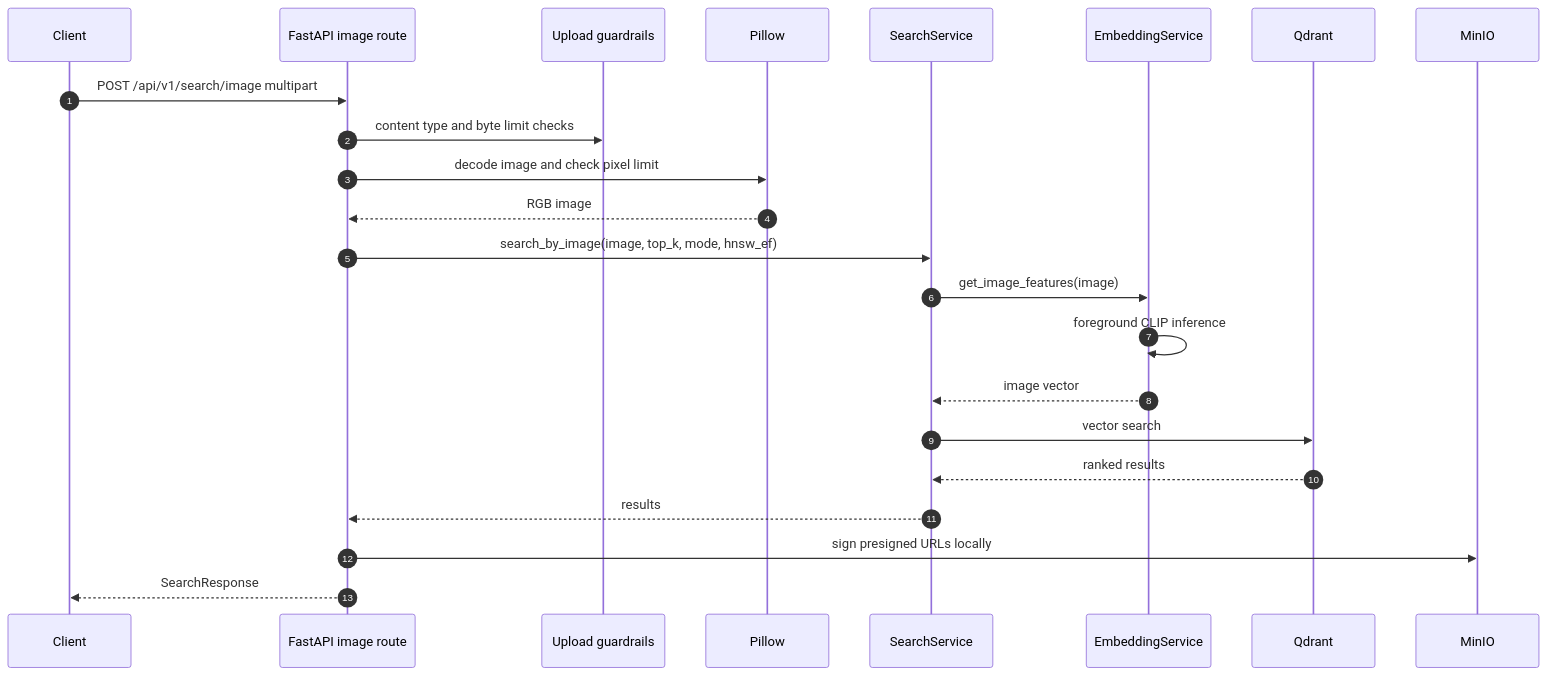
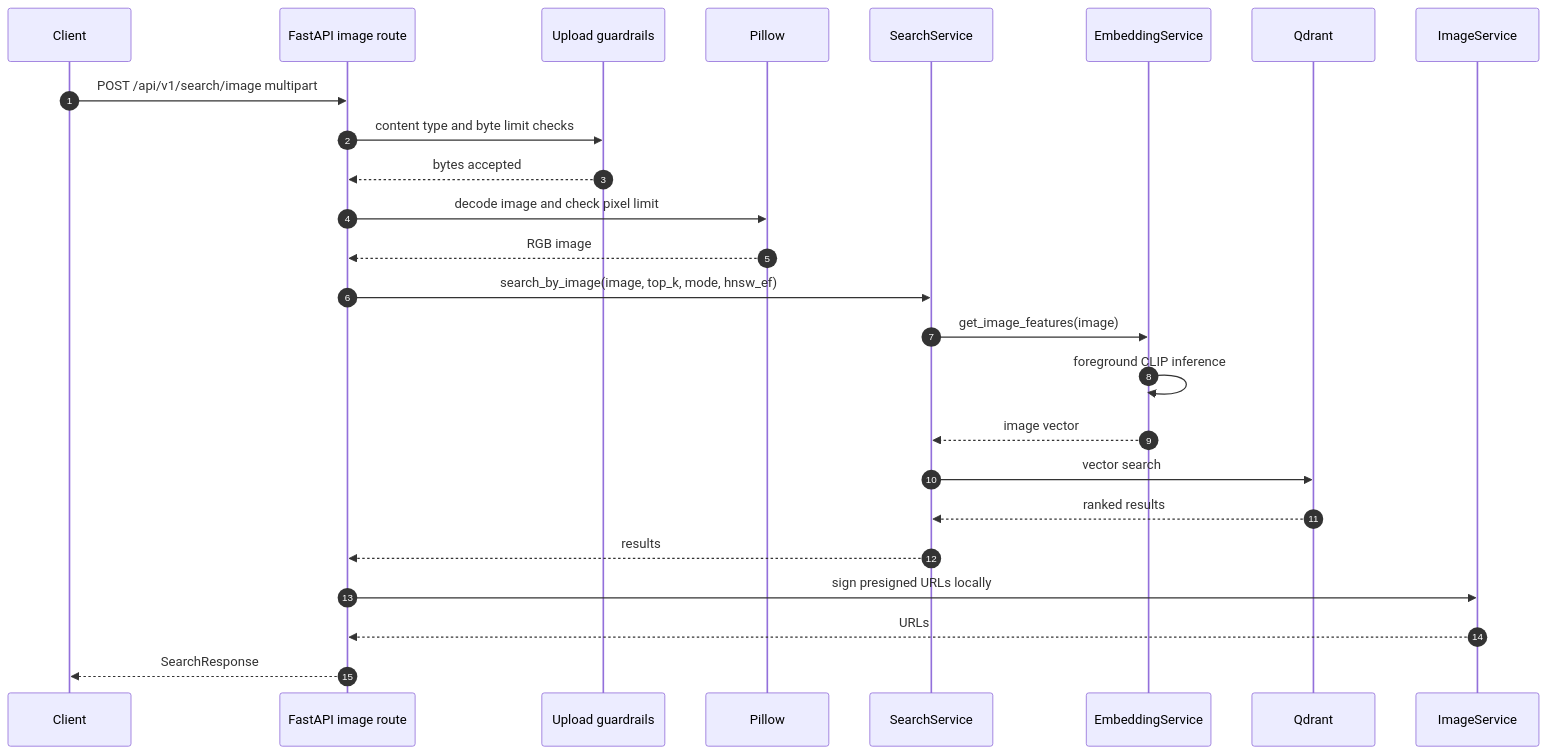
One commit to awun0105/CLIP-Image-Retrieval-Gradio-App changed the fourth of 10 diagrams in docs/EN/data-flow.md. Above: the diagram before and after it, drawn with Mermaid. The commit also changed other lines of this file, not shown here.

Commit message:
docs: clarify current data flow behavior

````diff
--- a/docs/EN/data-flow.md
+++ b/docs/EN/data-flow.md
@@ -127,26 +134,28 @@
 ```mermaid
 sequenceDiagram
     autonumber
     participant C as Client
     participant API as FastAPI image route
     participant Guard as Upload guardrails
     participant PIL as Pillow
     participant S as SearchService
     participant E as EmbeddingService
     participant V as Qdrant
-    participant M as MinIO
+    participant I as ImageService
 
     C->>API: POST /api/v1/search/image multipart
     API->>Guard: content type and byte limit checks
+    Guard-->>API: bytes accepted
     API->>PIL: decode image and check pixel limit
     PIL-->>API: RGB image
     API->>S: search_by_image(image, top_k, mode, hnsw_ef)
     S->>E: get_image_features(image)
     E->>E: foreground CLIP inference
     E-->>S: image vector
     S->>V: vector search
     V-->>S: ranked results
     S-->>API: results
-    API->>M: sign presigned URLs locally
+    API->>I: sign presigned URLs locally
+    I-->>API: URLs
     API-->>C: SearchResponse
 ```
````
